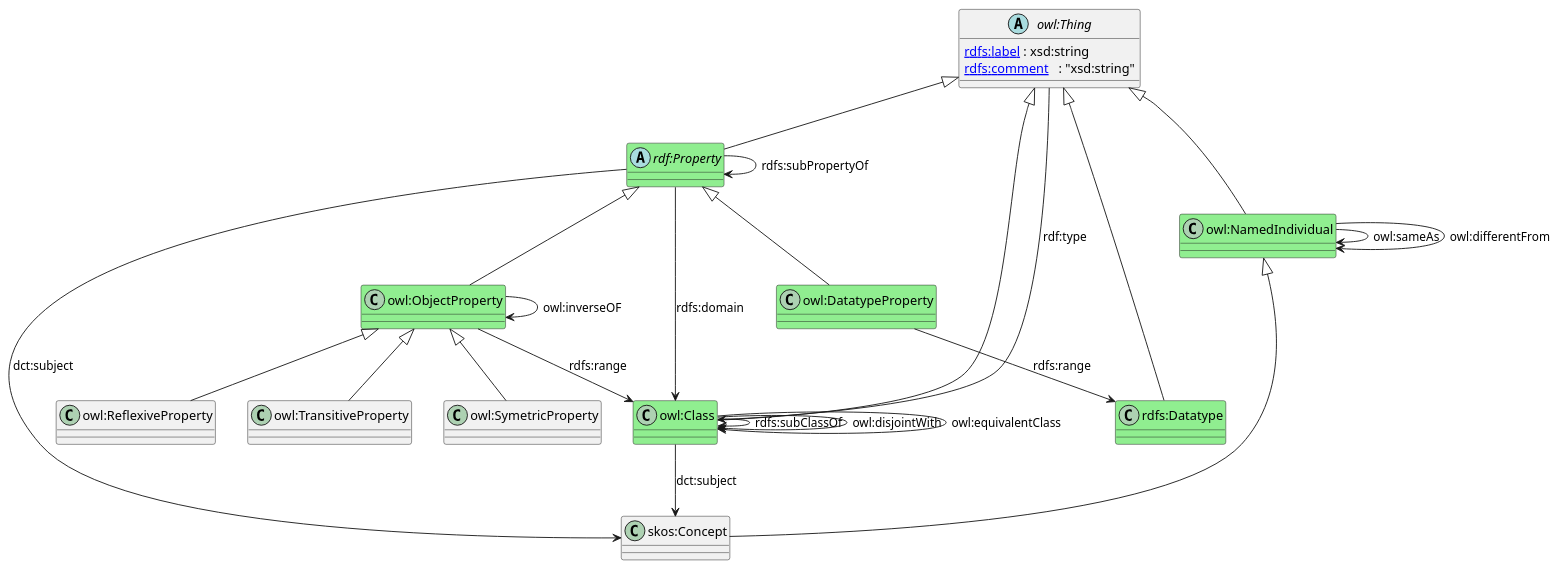
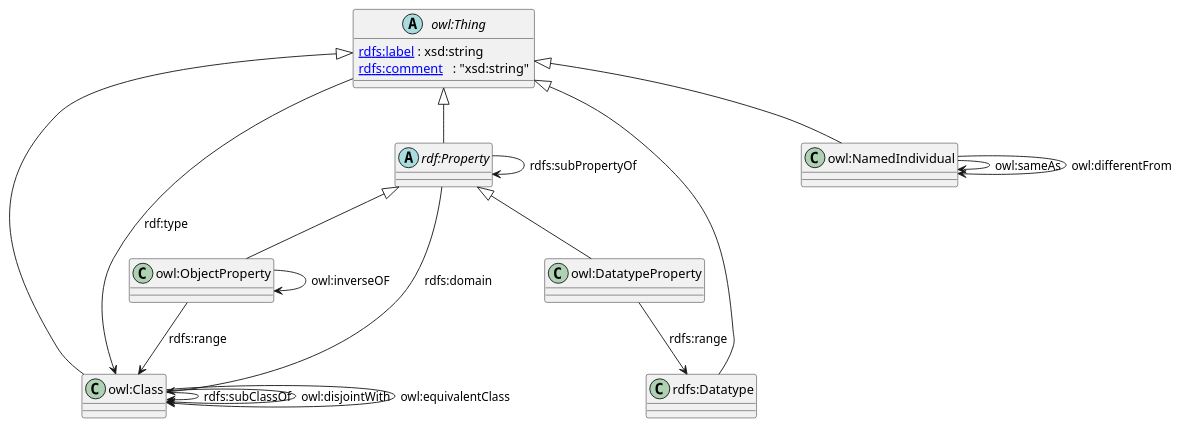
One commit to alliander-opensource/SchemaTransformer changed the diagram in documentation/figures/vocabularyDiagram.plantuml. Above: the diagram before and after it, drawn with PlantUML. The commit also changed 4 other files, not shown here.

Commit message:
added second B-D relationship to example avro schema

```diff
--- a/documentation/figures/vocabularyDiagram.plantuml
+++ b/documentation/figures/vocabularyDiagram.plantuml
@@ -1,46 +1,36 @@
-@startuml
+@startuml VocabularyDiagram
 
-class "owl:Class" [[http://www.w3.org/2000/01/rdf-schema#Class]] #LightGreen
-class "owl:DatatypeProperty" [[http://www.w3.org/2002/07/owl#DatatypeProperty]] #LightGreen
-class "owl:ObjectProperty" [[http://www.w3.org/2002/07/owl#ObjectProperty]] #LightGreen
-class "owl:TransitiveProperty" [[http://www.w3.org/2002/07/owl#TransitiveProperty]]
-class "owl:SymetricProperty" [[http://www.w3.org/2002/07/owl#TransitiveProperty]]
-class "owl:ReflexiveProperty" [[http://www.w3.org/2002/07/owl#ReflexiveProperty]]
-abstract class "rdf:Property" [[http://www.w3.org/1999/02/22-rdf-syntax-ns#Property]] #LightGreen
-class "rdfs:Datatype" [[http://www.w3.org/2000/01/rdf-schema#Datatype]] #LightGreen
-class "owl:NamedIndividual" [[http://www.w3.org/2002/07/owl#NamedIndividual]] #LightGreen
+class "owl:Class" [[http://www.w3.org/2000/01/rdf-schema#Class]] 
+class "owl:DatatypeProperty" [[http://www.w3.org/2002/07/owl#DatatypeProperty]] 
+class "owl:ObjectProperty" [[http://www.w3.org/2002/07/owl#ObjectProperty]] 
+abstract class "rdf:Property" [[http://www.w3.org/1999/02/22-rdf-syntax-ns#Property]]
+class "rdfs:Datatype" [[http://www.w3.org/2000/01/rdf-schema#Datatype]] 
+class "owl:NamedIndividual" [[http://www.w3.org/2002/07/owl#NamedIndividual]]
 abstract class "owl:Thing" [[http://www.w3.org/2002/07/owl#Thing]]{ 
   [[http://www.w3.org/2000/01/rdf-schema#label rdfs:label ]]: xsd:string
  [[http://www.w3.org/2000/01/rdf-schema#comment rdfs:comment ]]  : "xsd:string" 
 }
 
 "owl:Thing" <|--  "owl:Class"
-
-
 "owl:Thing" <|--   "rdf:Property"
 "owl:Thing" <|--   "rdfs:Datatype"
 "owl:Thing" <|--   "owl:NamedIndividual"
-"owl:NamedIndividual" <|-- "skos:Concept"
 "rdf:Property" <|-- "owl:DatatypeProperty"
 "rdf:Property" <|-- "owl:ObjectProperty"
 
-"owl:ObjectProperty" <|-- "owl:TransitiveProperty"
-"owl:ObjectProperty" <|-- "owl:SymetricProperty"
-"owl:ObjectProperty" <|-- "owl:ReflexiveProperty"
+
 
 "owl:ObjectProperty" --> "owl:ObjectProperty" : "owl:inverseOF"
 
 "rdf:Property"--> "owl:Class" : "rdfs:domain"
 "owl:ObjectProperty"--> "owl:Class" : "rdfs:range"
 "owl:DatatypeProperty"--> "rdfs:Datatype" : "rdfs:range"
 "owl:Class" --> "owl:Class" : "rdfs:subClassOf"
 "owl:Class" --> "owl:Class" : "owl:disjointWith" 
 "owl:Class" --> "owl:Class" : "owl:equivalentClass"
 "rdf:Property" --> "rdf:Property" : "rdfs:subPropertyOf"
 "owl:Thing" --> "owl:Class" : "rdf:type"
-"owl:Class" -->  "skos:Concept" : "dct:subject"
-"rdf:Property" -->  "skos:Concept" : "dct:subject"
 "owl:NamedIndividual" --> "owl:NamedIndividual" : "owl:sameAs"
 "owl:NamedIndividual" --> "owl:NamedIndividual" : "owl:differentFrom"
 
 @enduml
```
